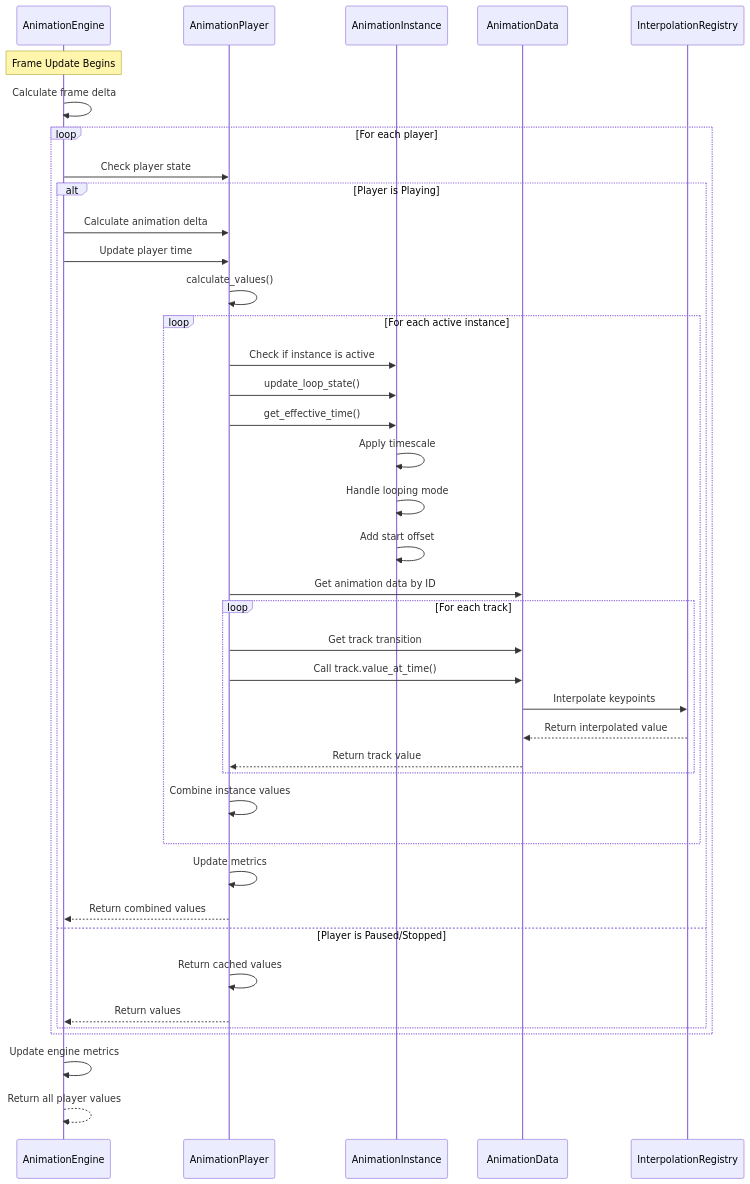
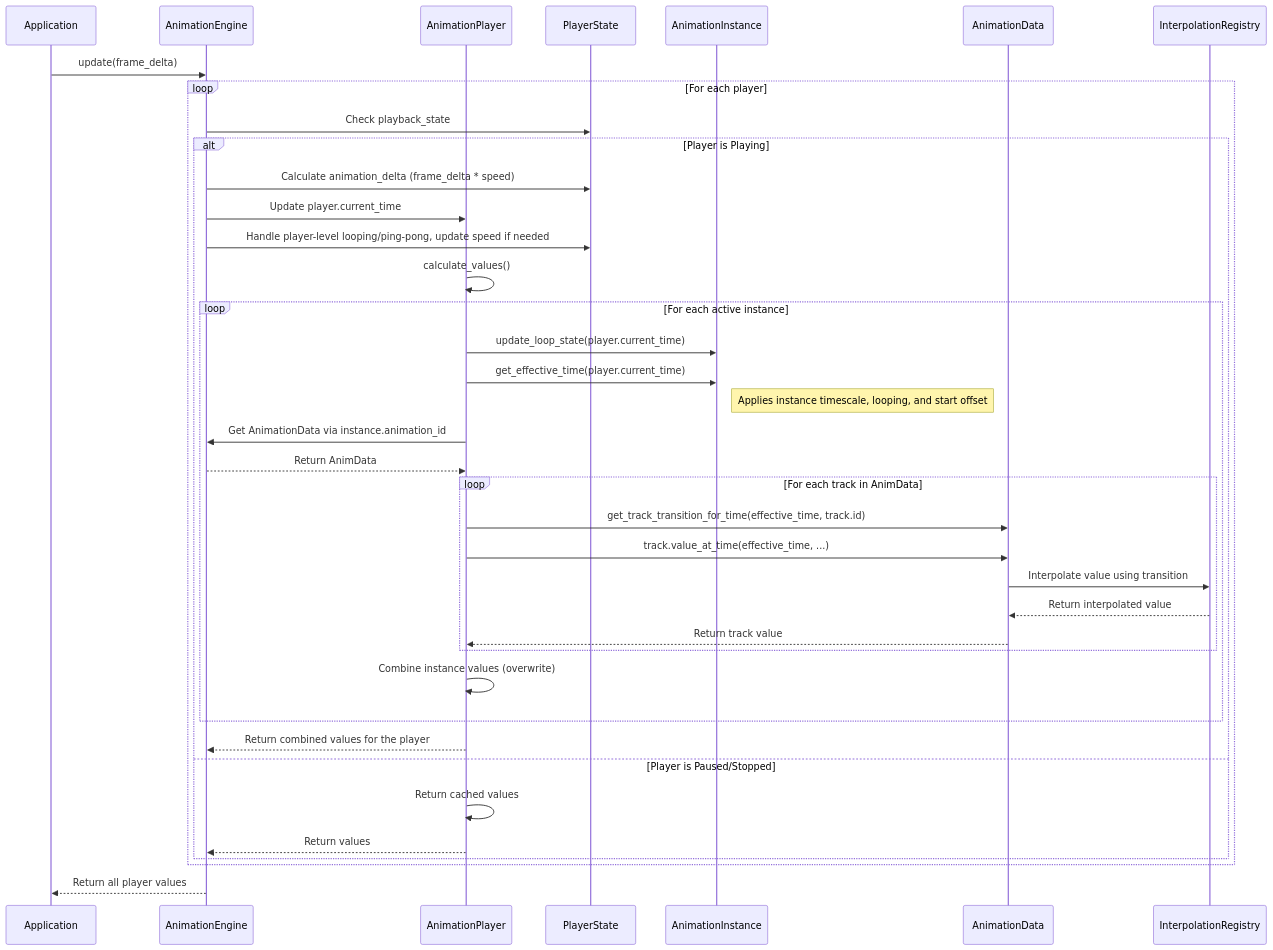
One commit to semio-ai/arora-sdk changed the third of 3 diagrams in crates/arora-animation/animation-player/Player.md. Above: the diagram before and after it, drawn with Mermaid. The commit also changed other lines of this file and 1 other file, not shown here.

````diff
--- a/crates/arora-animation/animation-player/Player.md
+++ b/crates/arora-animation/animation-player/Player.md
@@ -177,52 +164,49 @@
 ```mermaid
 sequenceDiagram
+    participant App as Application
     participant Engine as AnimationEngine
     participant Player as AnimationPlayer
+    participant PState as PlayerState
     participant Instance as AnimationInstance
     participant AnimData as AnimationData
     participant InterpReg as InterpolationRegistry
 
-    Note over Engine: Frame Update Begins
-    Engine->>Engine: Calculate frame delta
+    App->>Engine: update(frame_delta)
 
     loop For each player
-        Engine->>Player: Check player state
+        Engine->>PState: Check playback_state
         alt Player is Playing
-            Engine->>Player: Calculate animation delta
-            Engine->>Player: Update player time
+            Engine->>PState: Calculate animation_delta (frame_delta * speed)
+            Engine->>Player: Update player.current_time
+            Engine->>PState: Handle player-level looping/ping-pong, update speed if needed
 
             Player->>Player: calculate_values()
 
             loop For each active instance
-                Player->>Instance: Check if instance is active
-                Player->>Instance: update_loop_state()
-                Player->>Instance: get_effective_time()
+                Player->>Instance: update_loop_state(player.current_time)
+                Player->>Instance: get_effective_time(player.current_time)
+                Note right of Instance: Applies instance timescale, looping, and start offset
 
-                Instance->>Instance: Apply timescale
-                Instance->>Instance: Handle looping mode
-                Instance->>Instance: Add start offset
+                Player->>Engine: Get AnimationData via instance.animation_id
+                Engine-->>Player: Return AnimData
 
-                Player->>AnimData: Get animation data by ID
-
-                loop For each track
-                    Player->>AnimData: Get track transition
-                    Player->>AnimData: Call track.value_at_time()
-                    AnimData->>InterpReg: Interpolate keypoints
+                loop For each track in AnimData
+                    Player->>AnimData: get_track_transition_for_time(effective_time, track.id)
+                    Player->>AnimData: track.value_at_time(effective_time, ...)
+                    AnimData->>InterpReg: Interpolate value using transition
                     InterpReg-->>AnimData: Return interpolated value
                     AnimData-->>Player: Return track value
                 end
 
-                Player->>Player: Combine instance values
+                Player->>Player: Combine instance values (overwrite)
             end
 
-            Player->>Player: Update metrics
-            Player-->>Engine: Return combined values
+            Player-->>Engine: Return combined values for the player
         else Player is Paused/Stopped
             Player->>Player: Return cached values
             Player-->>Engine: Return values
         end
     end
 
-    Engine->>Engine: Update engine metrics
-    Engine-->>Engine: Return all player values
+    Engine-->>App: Return all player values
 ```
````
